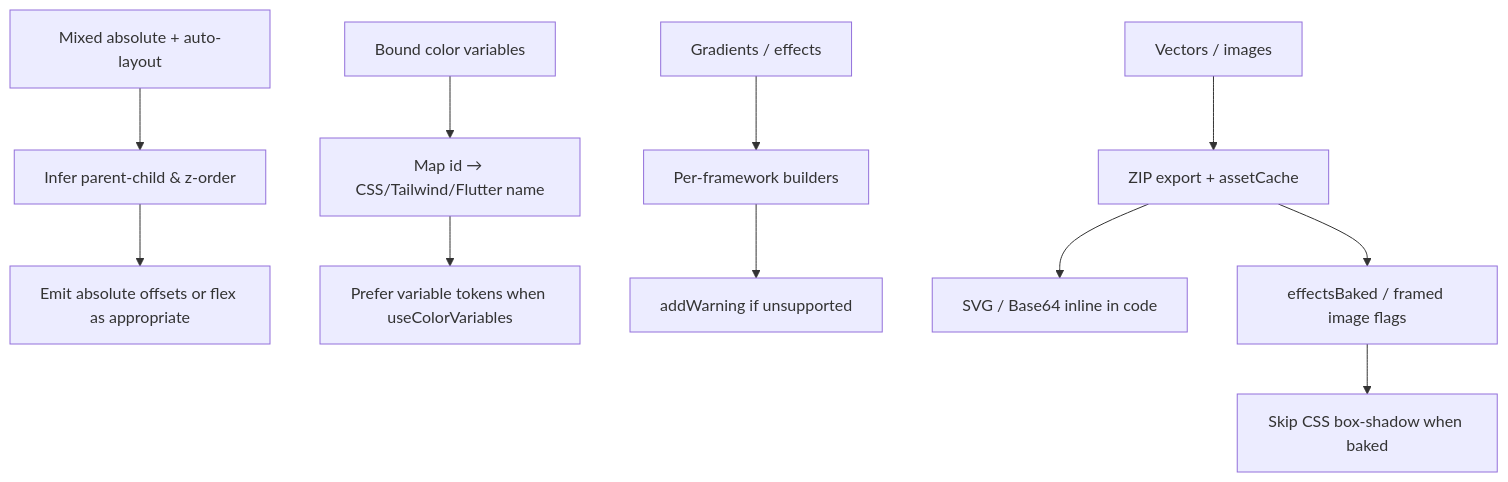
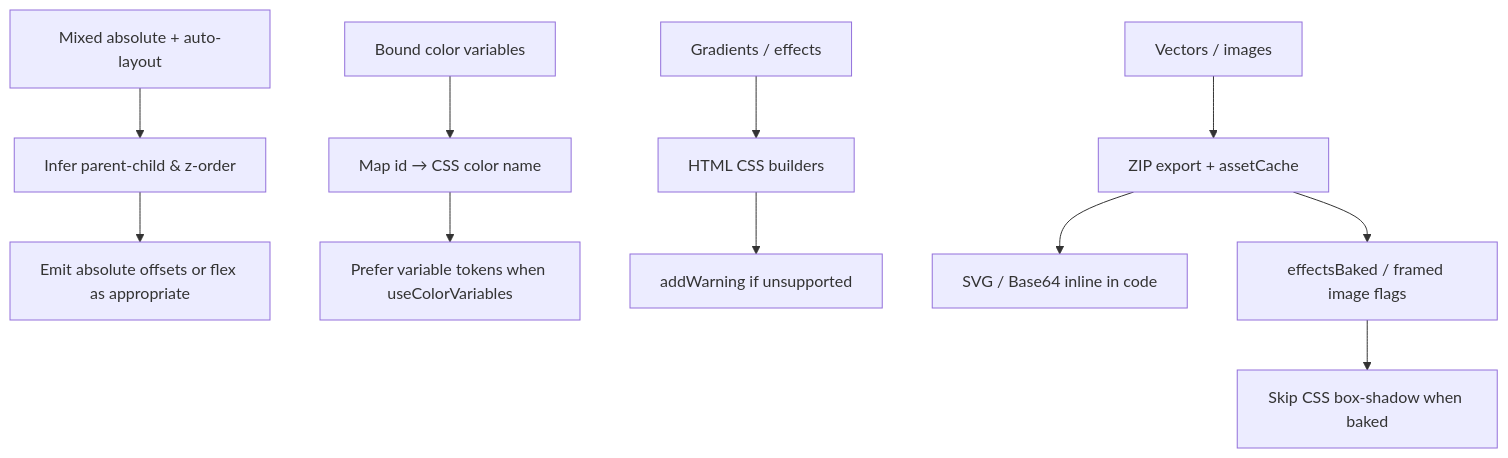
The ninth of 9 diagrams in docs/logic.md (CodeByStella/FIGMA2CODE), drawn with Mermaid before and after one commit. The commit also changed other lines of this file and 81 other files, not shown here.

````diff
--- a/docs/logic.md
+++ b/docs/logic.md
@@ -282,16 +258,16 @@
 ```mermaid
 flowchart TD
   Layout["Mixed absolute + auto-layout"] --> Decide["Infer parent-child & z-order"]
   Decide --> CodeLayout["Emit absolute offsets or flex as appropriate"]
 
-  Vars["Bound color variables"] --> MapName["Map id → CSS/Tailwind/Flutter name"]
+  Vars["Bound color variables"] --> MapName["Map id → CSS color name"]
   MapName --> PreferVar["Prefer variable tokens when useColorVariables"]
 
-  FX["Gradients / effects"] --> PerFW["Per-framework builders"]
-  PerFW --> Warn["addWarning if unsupported"]
+  FX["Gradients / effects"] --> HTML["HTML CSS builders"]
+  HTML --> Warn["addWarning if unsupported"]
 
   Assets["Vectors / images"] --> ZipFirst["ZIP export + assetCache"]
   ZipFirst --> Inline["SVG / Base64 inline in code"]
   ZipFirst --> Flags["effectsBaked / framed image flags"]
   Flags --> SkipDup["Skip CSS box-shadow when baked"]
 ```
````
